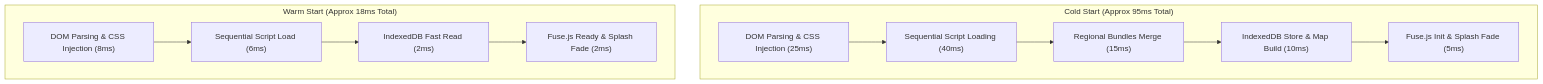
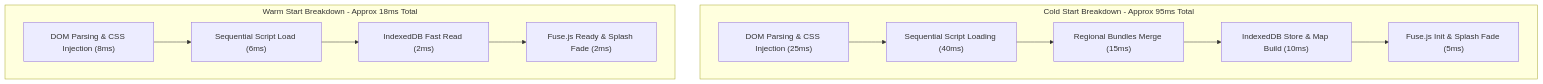
Before and after one commit to Harshil8136/chess-game1: the fourth of 7 diagrams in synced-docs/cf-admin/documentation/archive/DO NOT SCAN!/SYSTEM_PERFORMANCE_AND_SECURITY.md, drawn with Mermaid. The commit also changed other lines of this file and 4 other files, not shown here.

````diff
--- a/synced-docs/cf-admin/documentation/archive/DO NOT SCAN!/SYSTEM_PERFORMANCE_AND_SECURITY.md
+++ b/synced-docs/cf-admin/documentation/archive/DO NOT SCAN!/SYSTEM_PERFORMANCE_AND_SECURITY.md
@@ -218,15 +218,15 @@
 ```mermaid
 flowchart TD
-    subgraph ColdBoot ["Cold Start (Approx 95ms Total)"]
+    subgraph ColdBoot [Cold Start Breakdown - Approx 95ms Total]
         C1["DOM Parsing & CSS Injection (25ms)"] --> C2["Sequential Script Loading (40ms)"]
         C2 --> C3["Regional Bundles Merge (15ms)"]
         C3 --> C4["IndexedDB Store & Map Build (10ms)"]
         C4 --> C5["Fuse.js Init & Splash Fade (5ms)"]
     end
 
-    subgraph WarmBoot ["Warm Start (Approx 18ms Total)"]
+    subgraph WarmBoot [Warm Start Breakdown - Approx 18ms Total]
         W1["DOM Parsing & CSS Injection (8ms)"] --> W2["Sequential Script Load (6ms)"]
         W2 --> W3["IndexedDB Fast Read (2ms)"]
         W3 --> W4["Fuse.js Ready & Splash Fade (2ms)"]
     end
 ```
````
